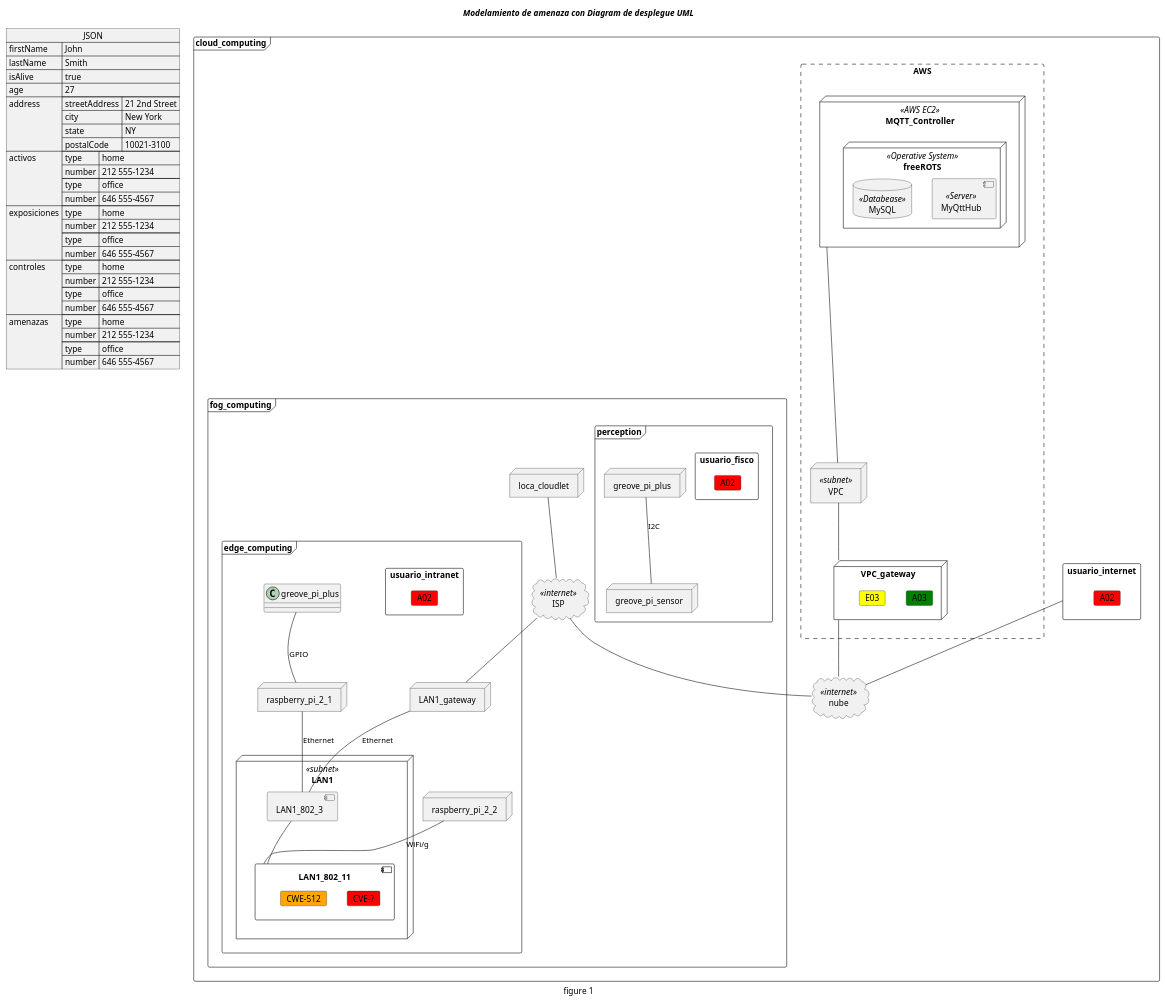
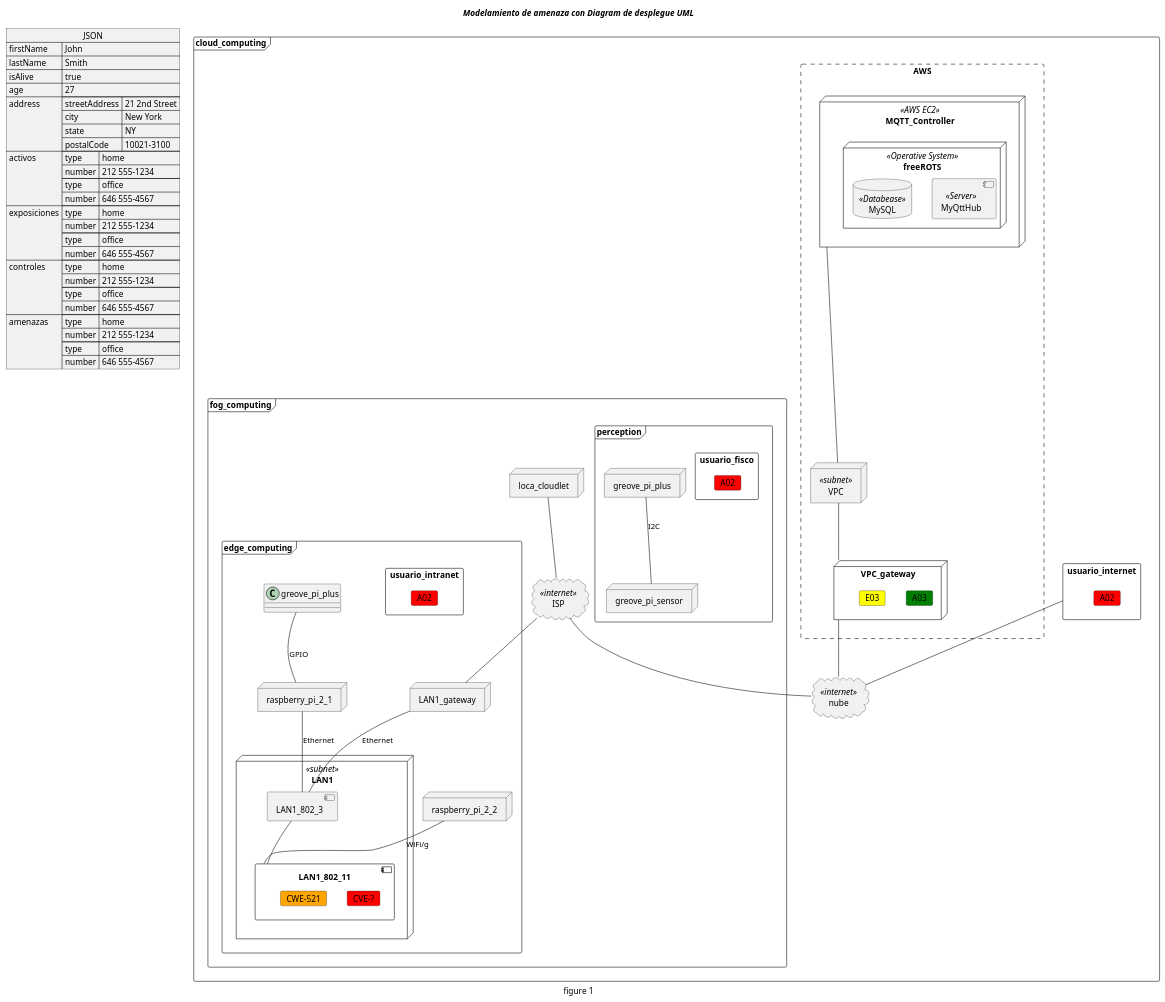
Before and after one commit to IoT-2023-1-grupo-8/LitePen-IoT: the diagram in Diagramas/ejemplos/diamgra-despliegue.puml, drawn with PlantUML.

Commit message:
ejemplo diagrama

```diff
--- a/Diagramas/ejemplos/diamgra-despliegue.puml
+++ b/Diagramas/ejemplos/diamgra-despliegue.puml
@@ -1,136 +1,136 @@
 @startuml
 allowmixing
 title "//Modelamiento de amenaza con Diagram de desplegue UML//"
 caption figure 1
 
 
 frame cloud_computing {
     cloud nube <<internet>>
 	rectangle usuario_internet {
 		card A02 #red
 	}
 	usuario_internet--nube
 	rectangle AWS #line.dashed {
 		node MQTT_Controller <<AWS EC2>>{
 			node freeROTS <<Operative System>> {
 				component MyQttHub <<Server>>
 				database MySQL <<Databease>>
 				
 			}
 		}
 		node VPC_gateway {
 			card A03 #green
 			card E03 #orange
 		}
 		node VPC <<subnet>>
 	}
 
 	MQTT_Controller--VPC
 	VPC--VPC_gateway
 	
 	
 	
 	VPC_gateway--nube	
 	
 	frame fog_computing {
 		cloud ISP <<internet>>
 		node loca_cloudlet
 		loca_cloudlet--ISP
 		ISP--nube
 	
 		frame edge_computing {
 			node LAN1_gateway {
 				card E03 #yellow
 			}
 
 			node raspberry_pi_2_1
 			greove_pi_plus -- raspberry_pi_2_1 : GPIO
 
 			node raspberry_pi_2_2
 
 			node LAN1 <<subnet>> {
 				component LAN1_802_3 
 				component LAN1_802_11 {
 					card "CVE-?" #red
-					card "CWE-512" #orange
+					card "CWE-521" #orange
 				}
 				LAN1_802_3 -- LAN1_802_11
 			}
 			ISP -- LAN1_gateway 
 			LAN1_gateway -- LAN1_802_3: Ethernet
 
 			raspberry_pi_2_1 -- LAN1_802_3 : Ethernet
 			raspberry_pi_2_2 -- LAN1_802_11 : WiFi/g			
 
 			rectangle usuario_intranet {
 				card "A02" as A02_1 #red
 			}
 		}
 
 		frame perception {
 			node greove_pi_plus {
 				card A02 #red
 			}			
 			node greove_pi_sensor
 			greove_pi_plus--greove_pi_sensor : I2C
 
 			rectangle usuario_fisco {
 				card "A02" as A02_2 #red
 			}			
 		}
 	}
 }
 
 json JSON {
   "firstName": "John",
   "lastName": "Smith",
   "isAlive": true,
   "age": 27,
   "address": {
     "streetAddress": "21 2nd Street",
     "city": "New York",
     "state": "NY",
     "postalCode": "10021-3100"
   },
   "activos": [
     {
       "type": "home",
       "number": "212 555-1234"
     },
     {
       "type": "office",
       "number": "646 555-4567"
     }
   ],
   "exposiciones": [
     {
       "type": "home",
       "number": "212 555-1234"
     },
     {
       "type": "office",
       "number": "646 555-4567"
     }
   ],
   "controles": [
     {
       "type": "home",
       "number": "212 555-1234"
     },
     {
       "type": "office",
       "number": "646 555-4567"
     }
   ]  ,
   "amenazas": [
     {
       "type": "home",
       "number": "212 555-1234"
     },
     {
       "type": "office",
       "number": "646 555-4567"
     }
   ]    
 }
 @enduml
```
